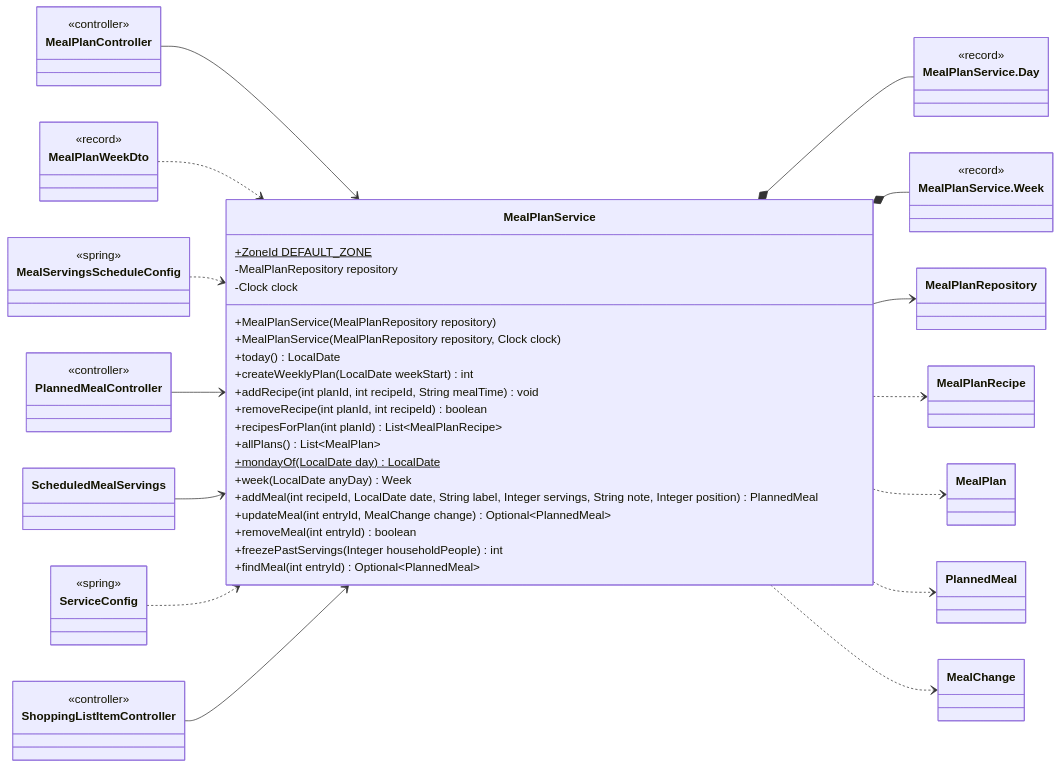
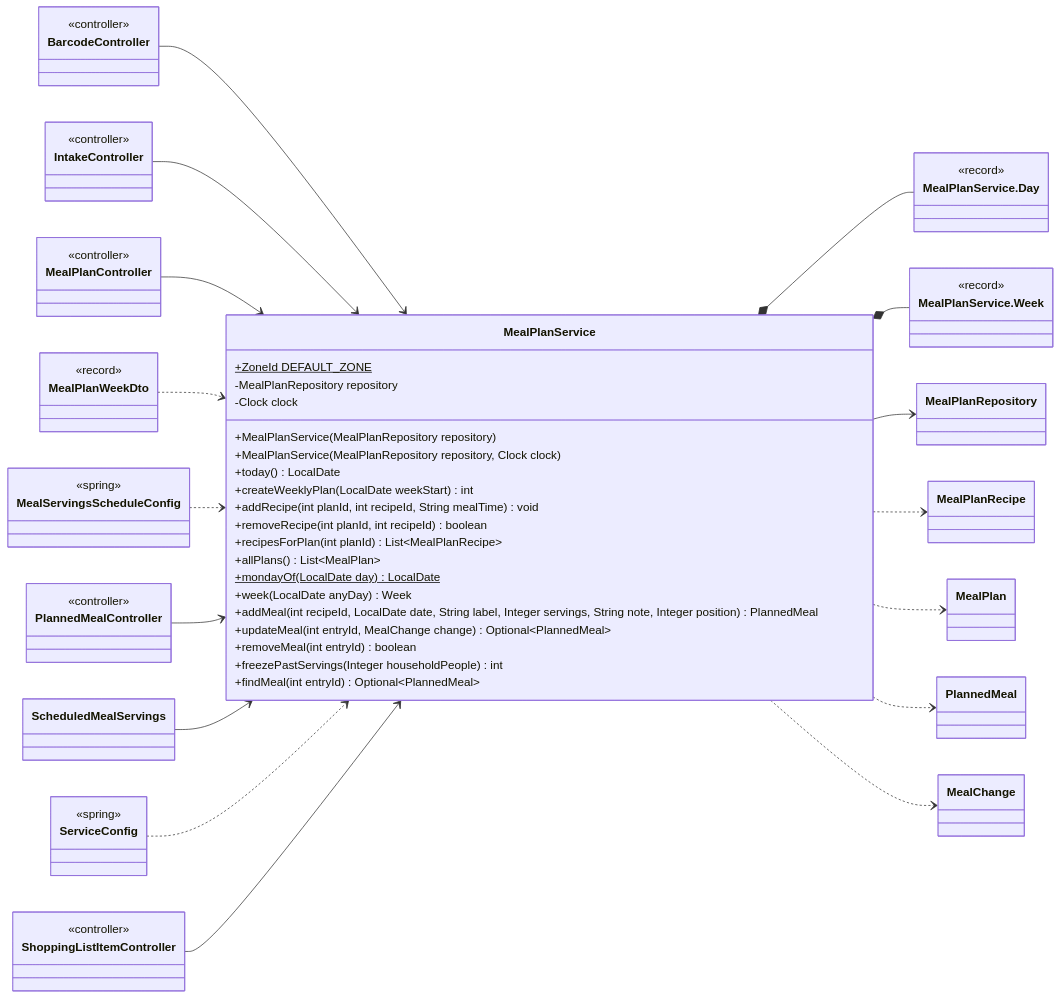
One commit to Nate-ryan-7690/dahaem changed the sixth of 26 diagrams in docs/classes/mealplanner.md. Above: the diagram before and after it, drawn with Mermaid. The commit also changed other lines of this file and 8 other files, not shown here.

````diff
--- a/docs/classes/mealplanner.md
+++ b/docs/classes/mealplanner.md
@@ -368,68 +368,76 @@
 ```mermaid
 classDiagram
     direction LR
     class mealplanner_MealPlanService["MealPlanService"] {
         +ZoneId DEFAULT_ZONE$
         -MealPlanRepository repository
         -Clock clock
         +MealPlanService(MealPlanRepository repository)
         +MealPlanService(MealPlanRepository repository, Clock clock)
         +today() LocalDate
         +createWeeklyPlan(LocalDate weekStart) int
         +addRecipe(int planId, int recipeId, String mealTime) void
         +removeRecipe(int planId, int recipeId) boolean
         +recipesForPlan(int planId) List~MealPlanRecipe~
         +allPlans() List~MealPlan~
         +mondayOf(LocalDate day) LocalDate$
         +week(LocalDate anyDay) Week
         +addMeal(int recipeId, LocalDate date, String label, Integer servings, String note, Integer position) PlannedMeal
         +updateMeal(int entryId, MealChange change) Optional~PlannedMeal~
         +removeMeal(int entryId) boolean
         +freezePastServings(Integer householdPeople) int
         +findMeal(int entryId) Optional~PlannedMeal~
     }
     class mealplanner_MealPlanService_Day["MealPlanService.Day"] {
         <<record>>
     }
     class mealplanner_MealPlanService_Week["MealPlanService.Week"] {
         <<record>>
     }
     class mealplanner_MealPlanRepository["MealPlanRepository"]
+    class api_BarcodeController["BarcodeController"] {
+        <<controller>>
+    }
+    class api_IntakeController["IntakeController"] {
+        <<controller>>
+    }
     class api_MealPlanController["MealPlanController"] {
         <<controller>>
     }
     class api_PlannedMealController["PlannedMealController"] {
         <<controller>>
     }
     class api_ScheduledMealServings["ScheduledMealServings"]
     class api_ShoppingListItemController["ShoppingListItemController"] {
         <<controller>>
     }
     class mealplanner_MealPlanRecipe["MealPlanRecipe"]
     class mealplanner_MealPlan["MealPlan"]
     class mealplanner_PlannedMeal["PlannedMeal"]
     class mealplanner_MealChange["MealChange"]
     class api_MealPlanWeekDto["MealPlanWeekDto"] {
         <<record>>
     }
     class api_MealServingsScheduleConfig["MealServingsScheduleConfig"] {
         <<spring>>
     }
     class api_ServiceConfig["ServiceConfig"] {
         <<spring>>
     }
     mealplanner_MealPlanService *-- mealplanner_MealPlanService_Day
     mealplanner_MealPlanService *-- mealplanner_MealPlanService_Week
     mealplanner_MealPlanService --> mealplanner_MealPlanRepository
     mealplanner_MealPlanService ..> mealplanner_MealPlanRecipe
     mealplanner_MealPlanService ..> mealplanner_MealPlan
     mealplanner_MealPlanService ..> mealplanner_PlannedMeal
     mealplanner_MealPlanService ..> mealplanner_MealChange
+    api_BarcodeController --> mealplanner_MealPlanService
+    api_IntakeController --> mealplanner_MealPlanService
     api_MealPlanController --> mealplanner_MealPlanService
     api_MealPlanWeekDto ..> mealplanner_MealPlanService
     api_MealServingsScheduleConfig ..> mealplanner_MealPlanService
     api_PlannedMealController --> mealplanner_MealPlanService
     api_ScheduledMealServings --> mealplanner_MealPlanService
     api_ServiceConfig ..> mealplanner_MealPlanService
     api_ShoppingListItemController --> mealplanner_MealPlanService
 ```
````
